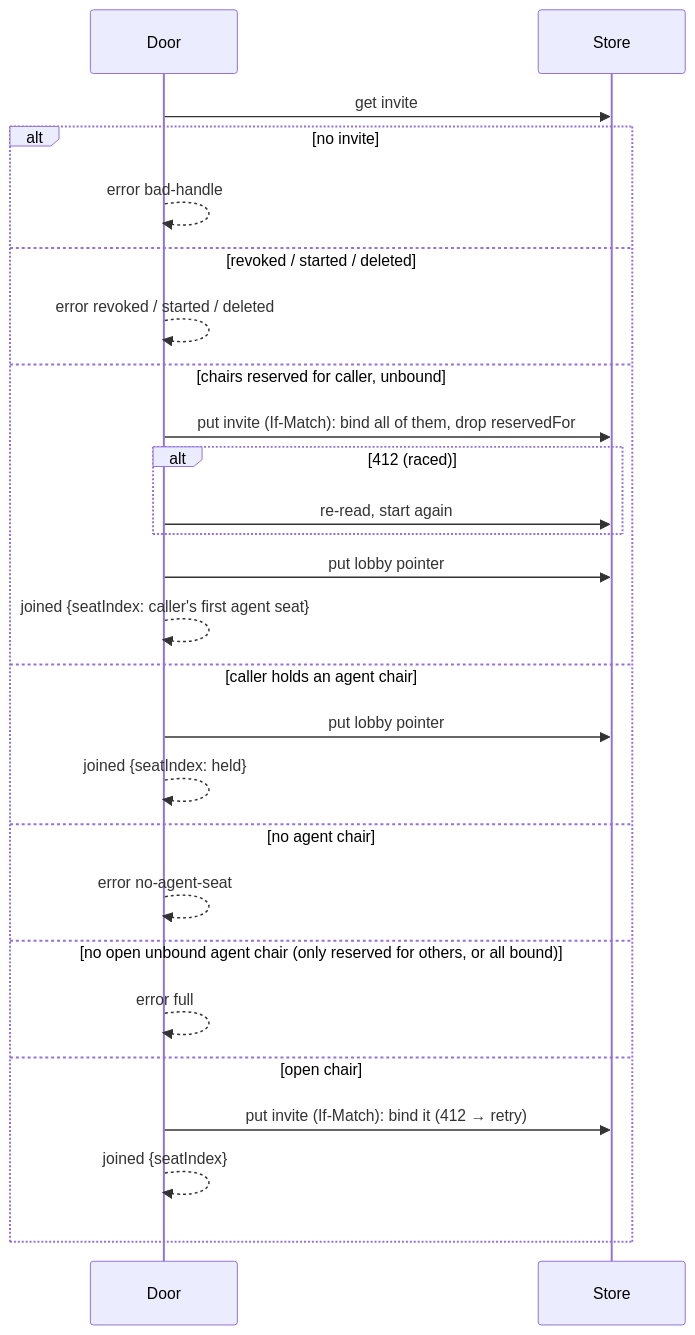
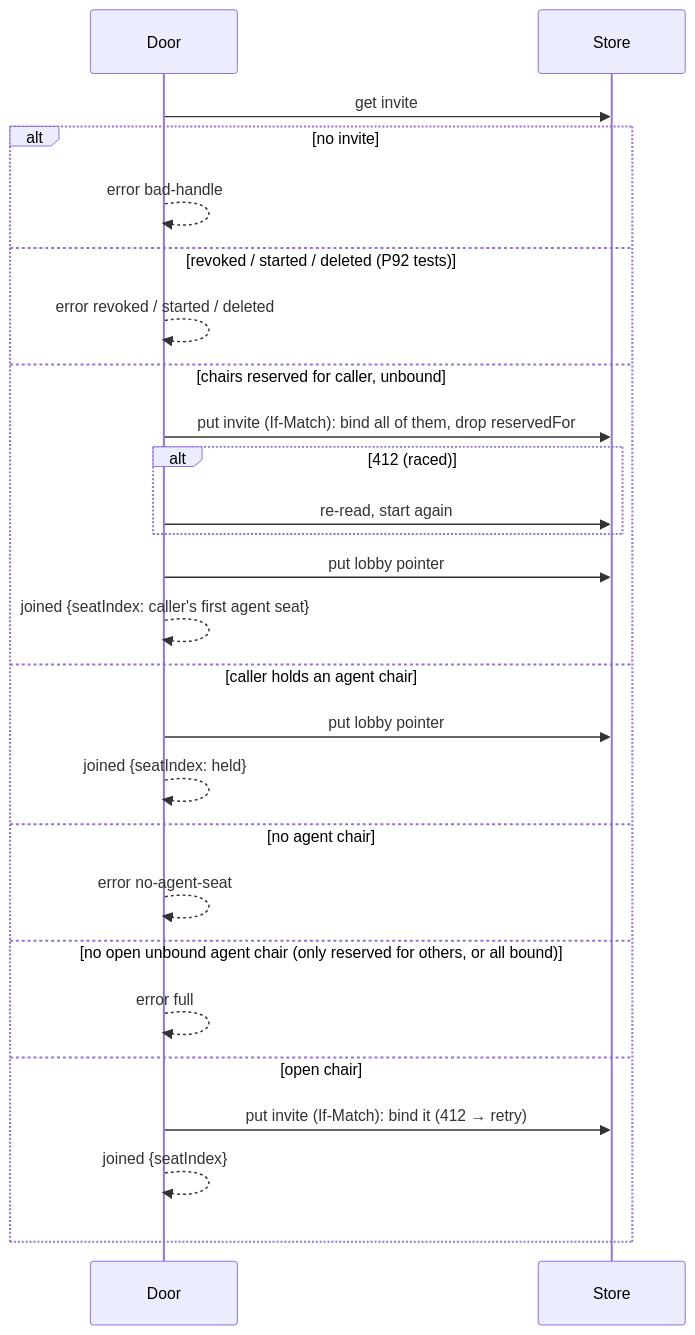
Before and after one commit to hochgi/conquarrow: the third of 8 diagrams in docs/spec/seat-choice/SCENARIOS.md, drawn with Mermaid. The commit also changed other lines of this file and 2 other files, not shown here.

````diff
--- a/docs/spec/seat-choice/SCENARIOS.md
+++ b/docs/spec/seat-choice/SCENARIOS.md
@@ -67,28 +67,28 @@
 ```mermaid
 sequenceDiagram
   participant Door
   participant Store
   Door->>Store: get invite
   alt no invite
     Door-->>Door: error bad-handle
-  else revoked / started / deleted
+  else revoked / started / deleted (P92 tests)
     Door-->>Door: error revoked / started / deleted
   else chairs reserved for caller, unbound
     Door->>Store: put invite (If-Match): bind all of them, drop reservedFor
     alt 412 (raced)
       Door->>Store: re-read, start again
     end
     Door->>Store: put lobby pointer
     Door-->>Door: joined {seatIndex: caller's first agent seat}
   else caller holds an agent chair
     Door->>Store: put lobby pointer
     Door-->>Door: joined {seatIndex: held}
   else no agent chair
     Door-->>Door: error no-agent-seat
   else no open unbound agent chair (only reserved for others, or all bound)
     Door-->>Door: error full
   else open chair
     Door->>Store: put invite (If-Match): bind it (412 → retry)
     Door-->>Door: joined {seatIndex}
   end
 ```
````
